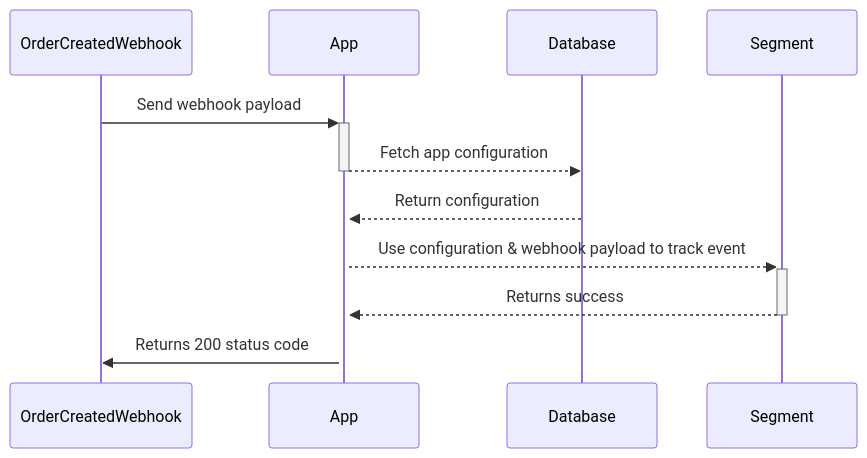
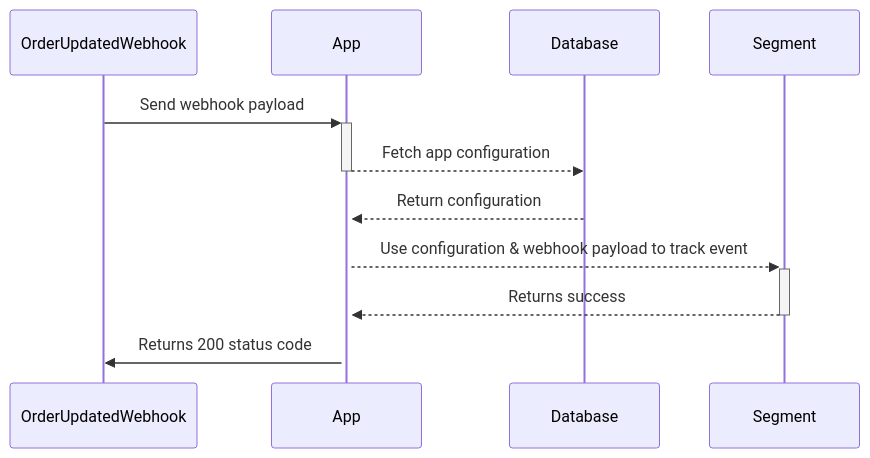
One commit to saleor/saleor-docs changed the diagram in docs/developer/app-store/apps/segment.mdx. Above: the diagram before and after it, drawn with Mermaid. The commit also changed other lines of this file, not shown here.

````diff
--- a/docs/developer/app-store/apps/segment.mdx
+++ b/docs/developer/app-store/apps/segment.mdx
@@ -67,9 +59,9 @@
 ```mermaid
 sequenceDiagram
-    OrderCreatedWebhook->>+App: Send webhook payload
+    OrderUpdatedWebhook->>+App: Send webhook payload
     App-->>-Database: Fetch app configuration
     Database-->>+App: Return configuration
     App-->>+Segment: Use configuration & webhook payload to track event
     Segment-->>-App: Returns success
-    App->>OrderCreatedWebhook: Returns 200 status code
+    App->>OrderUpdatedWebhook: Returns 200 status code
 ```
````
